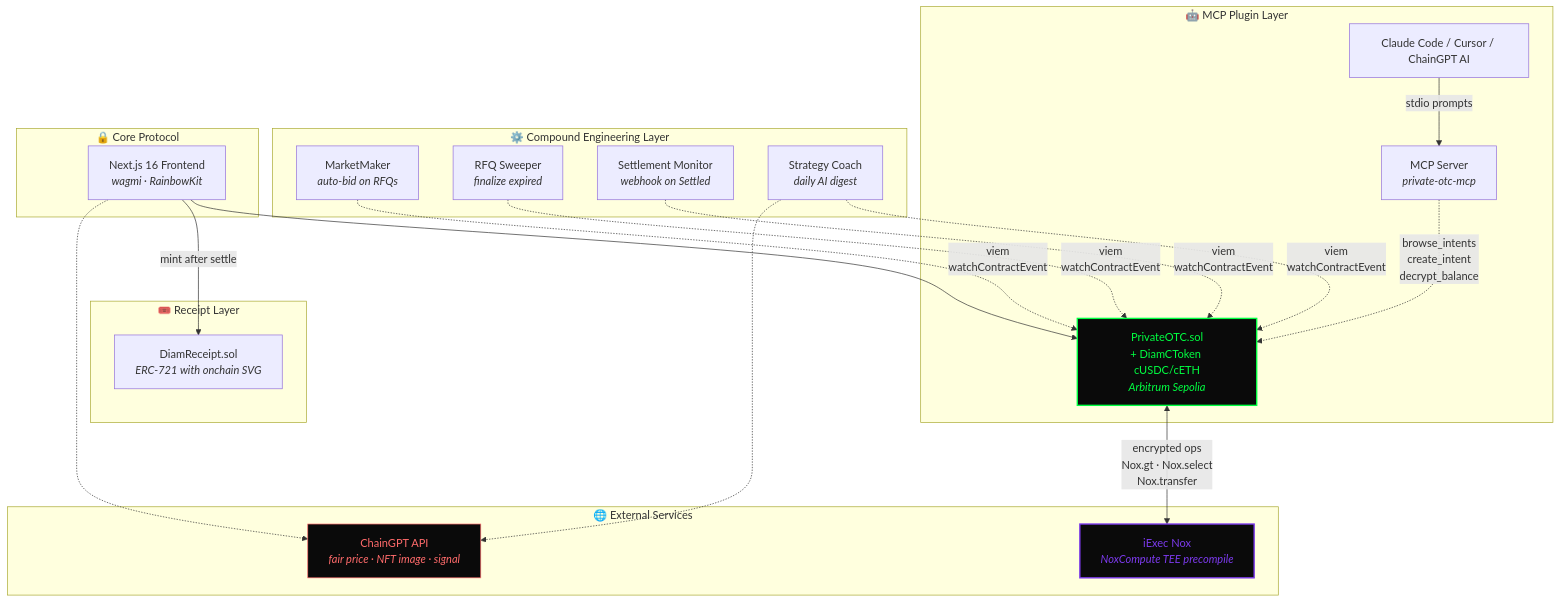
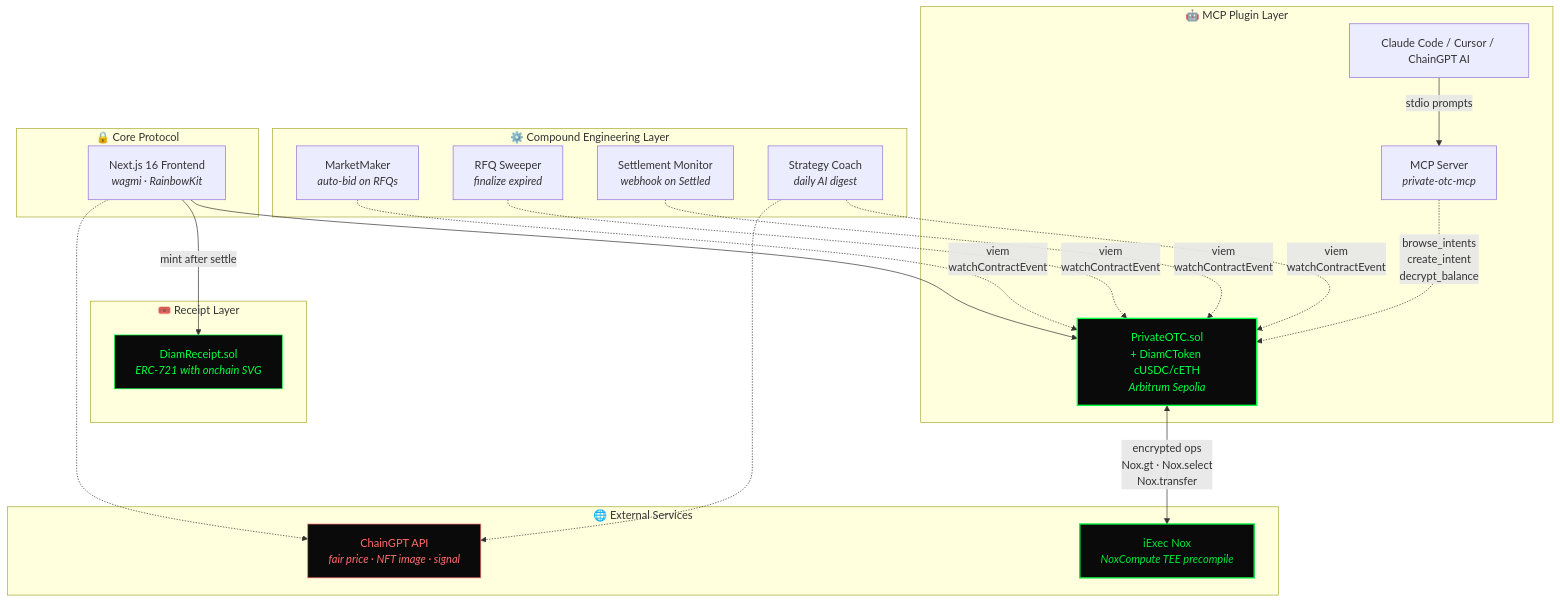
Before and after one commit to PugarHuda/diam: the diagram in README.md, drawn with Mermaid. The commit also changed 6 other files, not shown here.

````diff
--- a/README.md
+++ b/README.md
@@ -43,40 +43,41 @@
 ```mermaid
 flowchart TB
     subgraph "🤖 MCP Plugin Layer"
         Claude[Claude Code / Cursor / ChainGPT AI]
         MCPSrv[MCP Server<br/><i>private-otc-mcp</i>]
         Claude -->|stdio prompts| MCPSrv
         MCPSrv -.->|browse_intents<br/>create_intent<br/>decrypt_balance| ContractsAPI
     end
 
     subgraph "⚙️ Compound Engineering Layer"
         MM[MarketMaker<br/><i>auto-bid on RFQs</i>]
         SW[RFQ Sweeper<br/><i>finalize expired</i>]
         SM[Settlement Monitor<br/><i>webhook on Settled</i>]
         SC[Strategy Coach<br/><i>daily AI digest</i>]
         MM & SW & SM & SC -.->|viem<br/>watchContractEvent| ContractsAPI
     end
 
     subgraph "🔒 Core Protocol"
         Web[Next.js 16 Frontend<br/><i>wagmi · RainbowKit</i>]
         ContractsAPI[PrivateOTC.sol<br/>+ DiamCToken cUSDC/cETH<br/><i>Arbitrum Sepolia</i>]
         Web --> ContractsAPI
     end
 
     subgraph "🎟️ Receipt Layer"
         Receipt[DiamReceipt.sol<br/><i>ERC-721 with onchain SVG</i>]
         Web -->|mint after settle| Receipt
     end
 
     subgraph "🌐 External Services"
         Nox[iExec Nox<br/><i>NoxCompute TEE precompile</i>]
         CGT[ChainGPT API<br/><i>fair price · NFT image · signal</i>]
         ContractsAPI <-->|encrypted ops<br/>Nox.gt · Nox.select<br/>Nox.transfer| Nox
         Web -.-> CGT
         SC -.-> CGT
     end
 
     style ContractsAPI fill:#0a0a0a,stroke:#00ff41,stroke-width:2px,color:#00ff41
-    style Nox fill:#0a0a0a,stroke:#7c3aed,stroke-width:2px,color:#7c3aed
+    style Receipt fill:#0a0a0a,stroke:#00ff41,stroke-width:1px,color:#00ff41
+    style Nox fill:#0a0a0a,stroke:#00e639,stroke-width:2px,color:#00e639
     style CGT fill:#0a0a0a,stroke:#ff6b6b,stroke-width:1px,color:#ff6b6b
 ```
````
